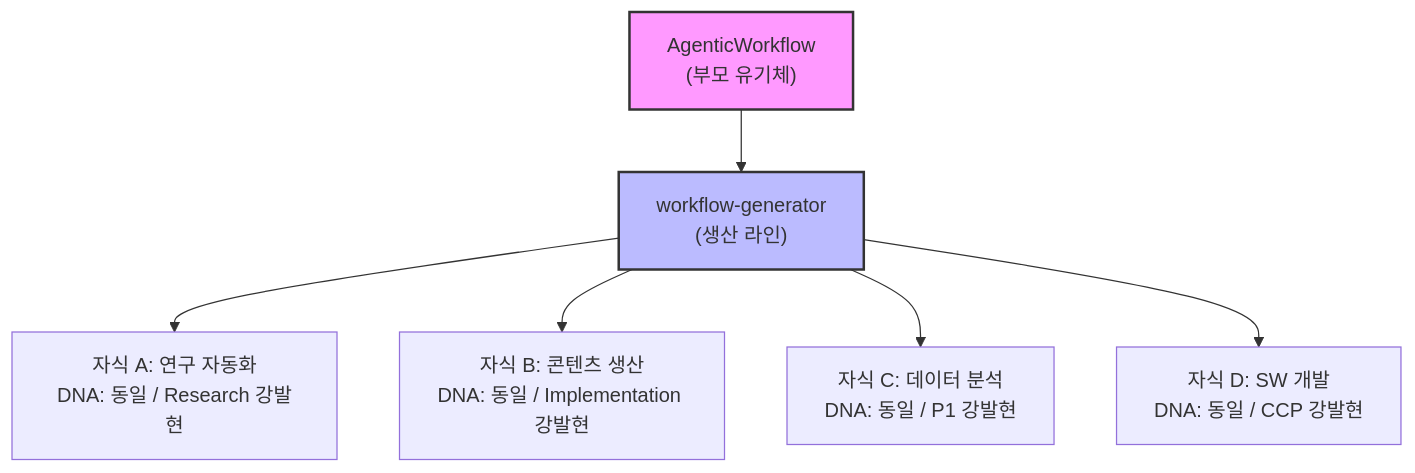
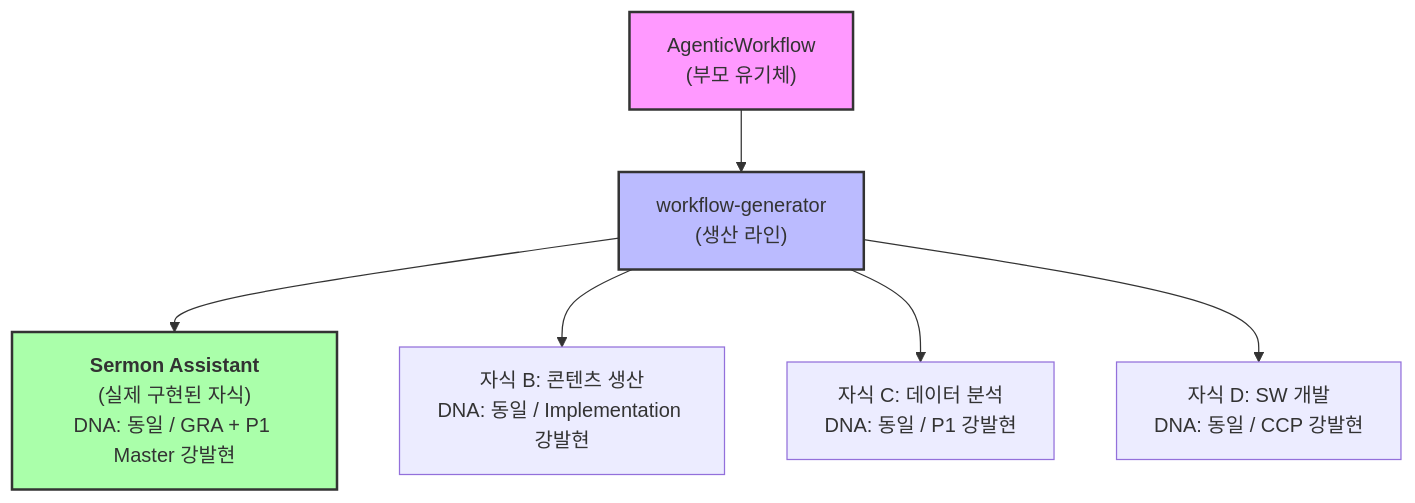
One commit to oogisoogi/Sermon-Assistant-AgenticWorkflow changed the first of 14 diagrams in AGENTICWORKFLOW-ARCHITECTURE-AND-PHILOSOPHY.md. Above: the diagram before and after it, drawn with Mermaid. The commit also changed other lines of this file and 6 other files, not shown here.

````diff
--- a/AGENTICWORKFLOW-ARCHITECTURE-AND-PHILOSOPHY.md
+++ b/AGENTICWORKFLOW-ARCHITECTURE-AND-PHILOSOPHY.md
@@ -113,10 +113,11 @@
 ```mermaid
 graph TD
     A["AgenticWorkflow<br/>(부모 유기체)"] --> B["workflow-generator<br/>(생산 라인)"]
-    B --> C["자식 A: 연구 자동화<br/>DNA: 동일 / Research 강발현"]
+    B --> C["<b>Sermon Assistant</b><br/>(실제 구현된 자식)<br/>DNA: 동일 / GRA + P1 Master 강발현"]
     B --> D["자식 B: 콘텐츠 생산<br/>DNA: 동일 / Implementation 강발현"]
     B --> E["자식 C: 데이터 분석<br/>DNA: 동일 / P1 강발현"]
     B --> F["자식 D: SW 개발<br/>DNA: 동일 / CCP 강발현"]
+    style C fill:#afa,stroke:#333,stroke-width:2px
     style A fill:#f9f,stroke:#333,stroke-width:2px
     style B fill:#bbf,stroke:#333,stroke-width:2px
 ```
````
